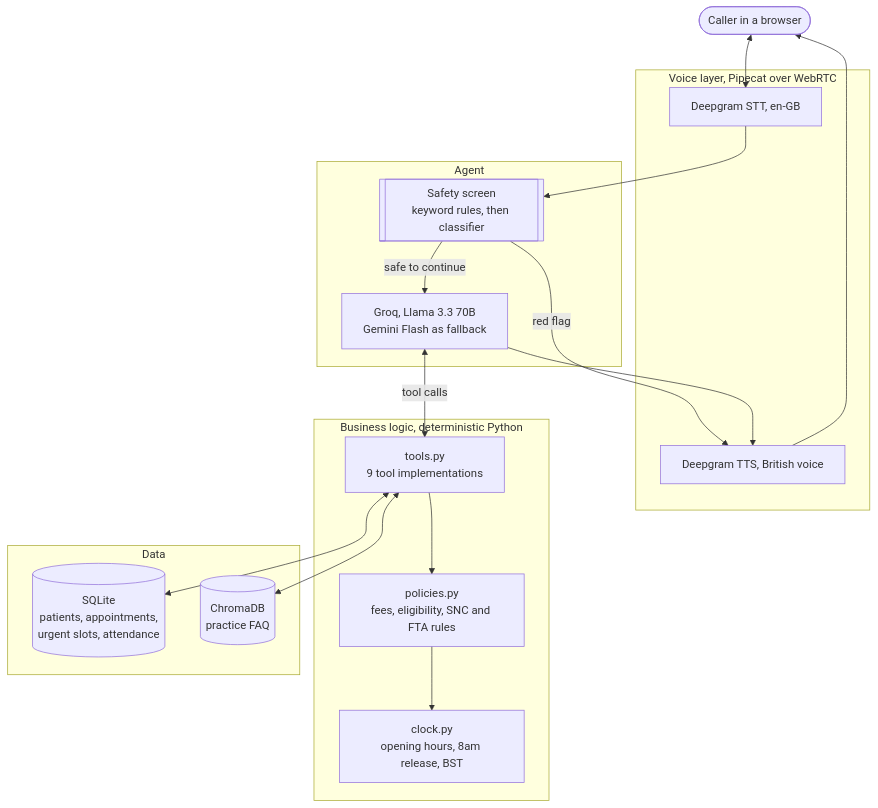
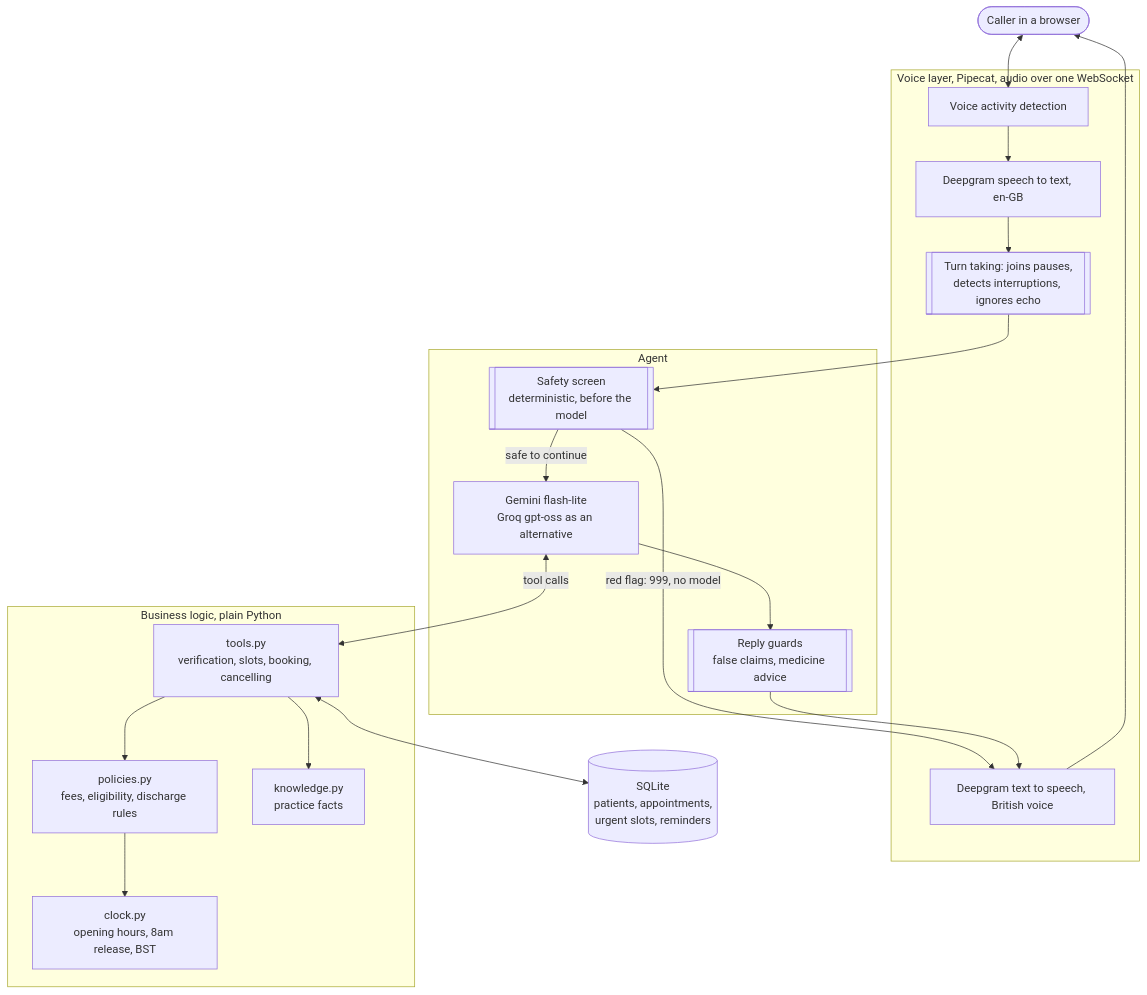
One commit to MihirGambhire/sophia-dental-voice-agent changed the diagram in docs/architecture.mmd. Above: the diagram before and after it, drawn with Mermaid. The commit also changed 6 other files, not shown here.

```diff
--- a/docs/architecture.mmd
+++ b/docs/architecture.mmd
@@ -1,38 +1,35 @@
-%% Sophia architecture.
-%% The point this diagram makes: the safety screen sits in front of the
-%% language model, and every business rule sits behind it in plain Python.
 flowchart TB
     Caller([Caller in a browser])
 
-    subgraph Voice["Voice layer, Pipecat over WebRTC"]
-        STT[Deepgram STT, en-GB]
-        TTS[Deepgram TTS, British voice]
+    subgraph Voice["Voice layer, Pipecat, audio over one WebSocket"]
+        VAD[Voice activity detection]
+        STT[Deepgram speech to text, en-GB]
+        Turn[[Turn taking: joins pauses,<br/>detects interruptions, ignores echo]]
+        TTS[Deepgram text to speech, British voice]
     end
 
-    subgraph Brain["Agent"]
-        LLM[Groq, Llama 3.3 70B<br/>Gemini Flash as fallback]
-        Safety[[Safety screen<br/>keyword rules, then classifier]]
+    subgraph Agent["Agent"]
+        Safety[[Safety screen<br/>deterministic, before the model]]
+        LLM[Gemini flash-lite<br/>Groq gpt-oss as an alternative]
+        Guards[[Reply guards<br/>false claims, medicine advice]]
     end
 
-    subgraph Logic["Business logic, deterministic Python"]
-        Tools[tools.py<br/>9 tool implementations]
-        Policies[policies.py<br/>fees, eligibility, SNC and FTA rules]
+    subgraph Logic["Business logic, plain Python"]
+        Tools[tools.py<br/>verification, slots, booking, cancelling]
+        Policies[policies.py<br/>fees, eligibility, discharge rules]
         Clock[clock.py<br/>opening hours, 8am release, BST]
+        Knowledge[knowledge.py<br/>practice facts]
     end
 
-    subgraph Data["Data"]
-        SQLite[(SQLite<br/>patients, appointments,<br/>urgent slots, attendance)]
-        Chroma[(ChromaDB<br/>practice FAQ)]
-    end
+    DB[(SQLite<br/>patients, appointments,<br/>urgent slots, reminders)]
 
-    Caller <--> STT
-    TTS --> Caller
-    STT --> Safety
-    Safety -->|red flag| TTS
+    Caller <--> VAD --> STT --> Turn
+    Turn --> Safety
+    Safety -->|red flag: 999, no model| TTS
     Safety -->|safe to continue| LLM
     LLM <-->|tool calls| Tools
-    LLM --> TTS
-    Tools --> Policies
-    Policies --> Clock
-    Tools <--> SQLite
-    Tools <--> Chroma
+    LLM --> Guards --> TTS
+    TTS --> Caller
+    Tools --> Policies --> Clock
+    Tools --> Knowledge
+    Tools <--> DB
```
